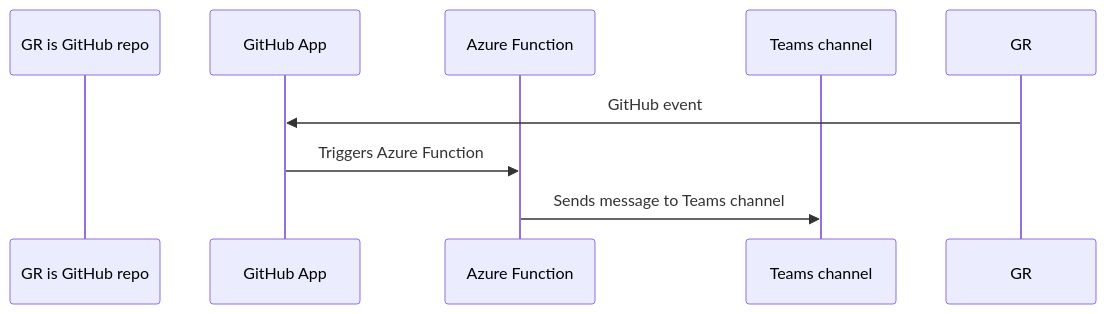
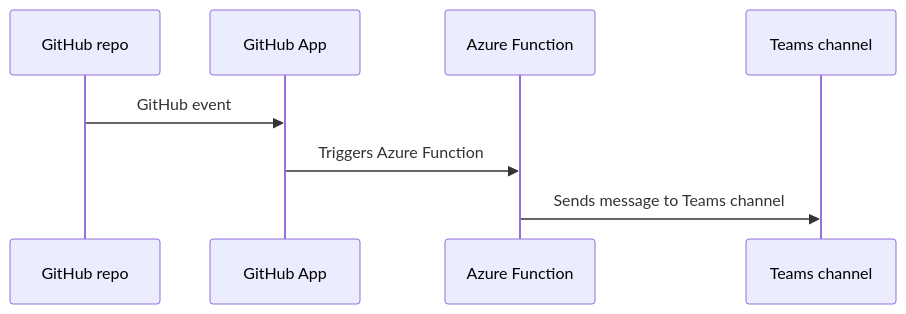
Before and after one commit to advanced-security/teams-secret-scanning-notifier-azure-function: the diagram in README.md, drawn with Mermaid.

````diff
--- a/README.md
+++ b/README.md
@@ -21,10 +21,10 @@
 ```mermaid
 sequenceDiagram
-    participant GR is GitHub repo
+    participant GR as GitHub repo
     participant GA as GitHub App
     participant AF as Azure Function
     participant TC as Teams channel
     GR->>GA: GitHub event
     GA->>AF: Triggers Azure Function
     AF->>TC: Sends message to Teams channel
 ```
````
